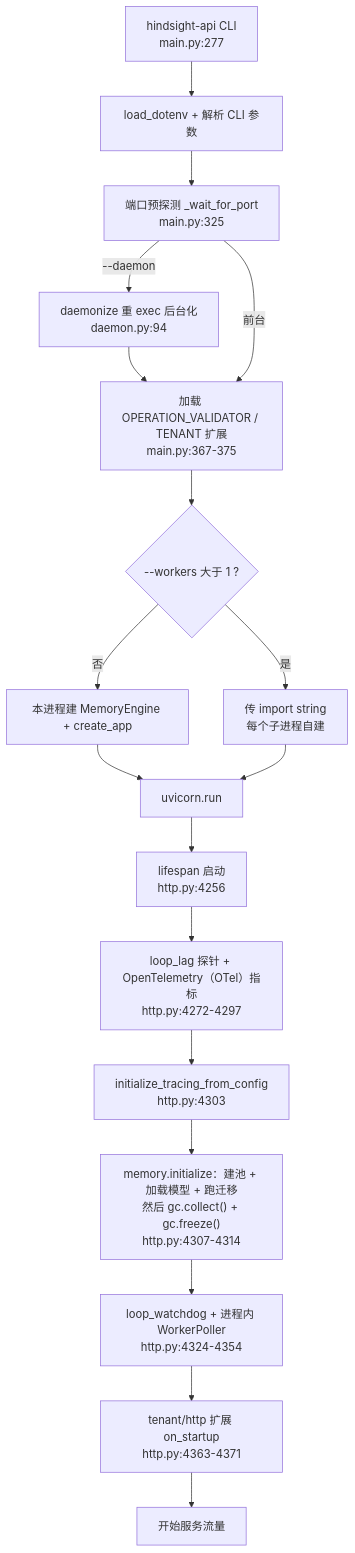
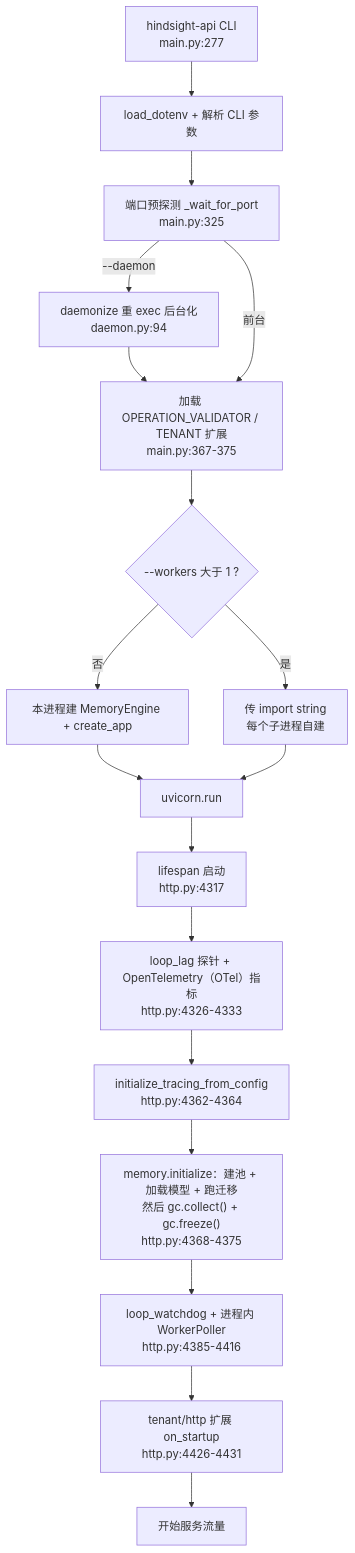
Before and after one commit to stefanv5/memory-platform-architecture: the second of 7 diagrams in docs/hindsight/source-study/06-api-层与服务形态.md, drawn with Mermaid. The commit also changed other lines of this file and 10 other files, not shown here.

````diff
--- a/docs/hindsight/source-study/06-api-层与服务形态.md
+++ b/docs/hindsight/source-study/06-api-层与服务形态.md
@@ -181,20 +195,20 @@
 ```mermaid
 flowchart TD
     A["hindsight-api CLI<br/>main.py:277"] --> B["load_dotenv + 解析 CLI 参数"]
     B --> C["端口预探测 _wait_for_port<br/>main.py:325"]
     C -->|"--daemon"| D["daemonize 重 exec 后台化<br/>daemon.py:94"]
     D --> E
     C -->|"前台"| E["加载 OPERATION_VALIDATOR / TENANT 扩展<br/>main.py:367-375"]
     E --> F{"--workers 大于 1 ?"}
     F -->|"否"| G["本进程建 MemoryEngine + create_app"]
     F -->|"是"| H["传 import string<br/>每个子进程自建"]
     G --> I["uvicorn.run"]
     H --> I
-    I --> J["lifespan 启动<br/>http.py:4256"]
-    J --> K["loop_lag 探针 + OpenTelemetry（OTel）指标<br/>http.py:4272-4297"]
-    K --> L["initialize_tracing_from_config<br/>http.py:4303"]
-    L --> M["memory.initialize：建池 + 加载模型 + 跑迁移<br/>然后 gc.collect() + gc.freeze()<br/>http.py:4307-4314"]
-    M --> N["loop_watchdog + 进程内 WorkerPoller<br/>http.py:4324-4354"]
-    N --> O["tenant/http 扩展 on_startup<br/>http.py:4363-4371"]
+    I --> J["lifespan 启动<br/>http.py:4317"]
+    J --> K["loop_lag 探针 + OpenTelemetry（OTel）指标<br/>http.py:4326-4333"]
+    K --> L["initialize_tracing_from_config<br/>http.py:4362-4364"]
+    L --> M["memory.initialize：建池 + 加载模型 + 跑迁移<br/>然后 gc.collect() + gc.freeze()<br/>http.py:4368-4375"]
+    M --> N["loop_watchdog + 进程内 WorkerPoller<br/>http.py:4385-4416"]
+    N --> O["tenant/http 扩展 on_startup<br/>http.py:4426-4431"]
     O --> P["开始服务流量"]
 ```
````
